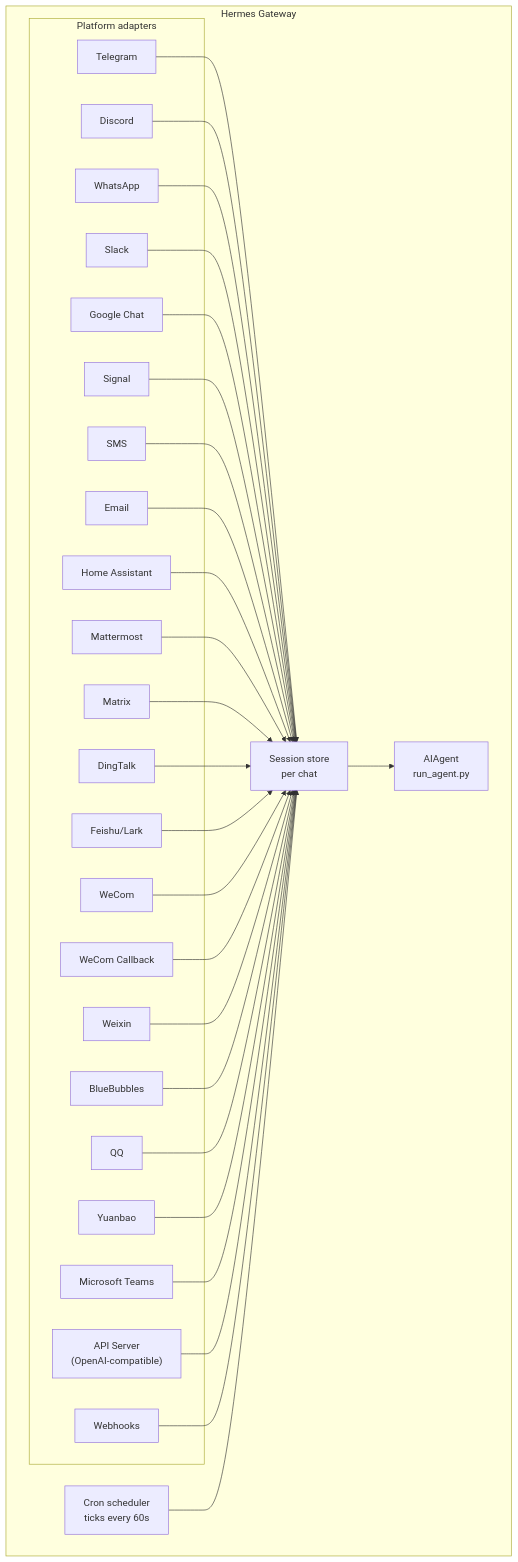
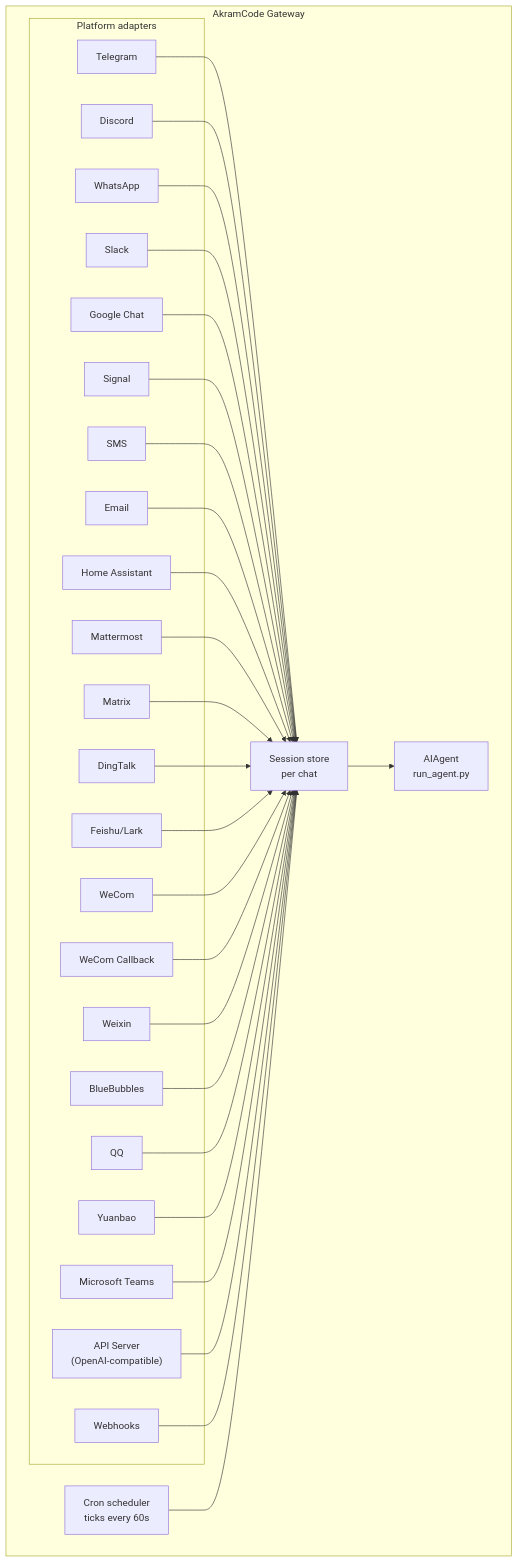
One commit to draiqw/akramcode changed the diagram in docs/user-guide/messaging/index.md. Above: the diagram before and after it, drawn with Mermaid. The commit also changed other lines of this file and 6609 other files, not shown here.

Commit message:
refactor: complete Hermes to AkramCode migration

````diff
--- a/docs/user-guide/messaging/index.md
+++ b/docs/user-guide/messaging/index.md
@@ -72,58 +72,58 @@
 ```mermaid
 flowchart TB
-    subgraph Gateway["Hermes Gateway"]
+    subgraph Gateway["AkramCode Gateway"]
         subgraph Adapters["Platform adapters"]
             tg[Telegram]
             dc[Discord]
             wa[WhatsApp]
             sl[Slack]
             gc[Google Chat]
             sig[Signal]
             sms[SMS]
             em[Email]
             ha[Home Assistant]
             mm[Mattermost]
             mx[Matrix]
             dt[DingTalk]
     fs[Feishu/Lark]
     wc[WeCom]
     wcb[WeCom Callback]
     wx[Weixin]
     bb[BlueBubbles]
     qq[QQ]
     yb[Yuanbao]
     ms[Microsoft Teams]
     api["API Server<br/>(OpenAI-compatible)"]
     wh[Webhooks]
         end
 
         store["Session store<br/>per chat"]
         agent["AIAgent<br/>run_agent.py"]
         cron["Cron scheduler<br/>ticks every 60s"]
     end
 
     tg --> store
     dc --> store
     wa --> store
     sl --> store
     gc --> store
     sig --> store
     sms --> store
     em --> store
     ha --> store
     mm --> store
     mx --> store
     dt --> store
     fs --> store
     wc --> store
     wcb --> store
     wx --> store
     bb --> store
     qq --> store
     yb --> store
     ms --> store
     api --> store
     wh --> store
     store --> agent
     cron --> store
 ```
````
